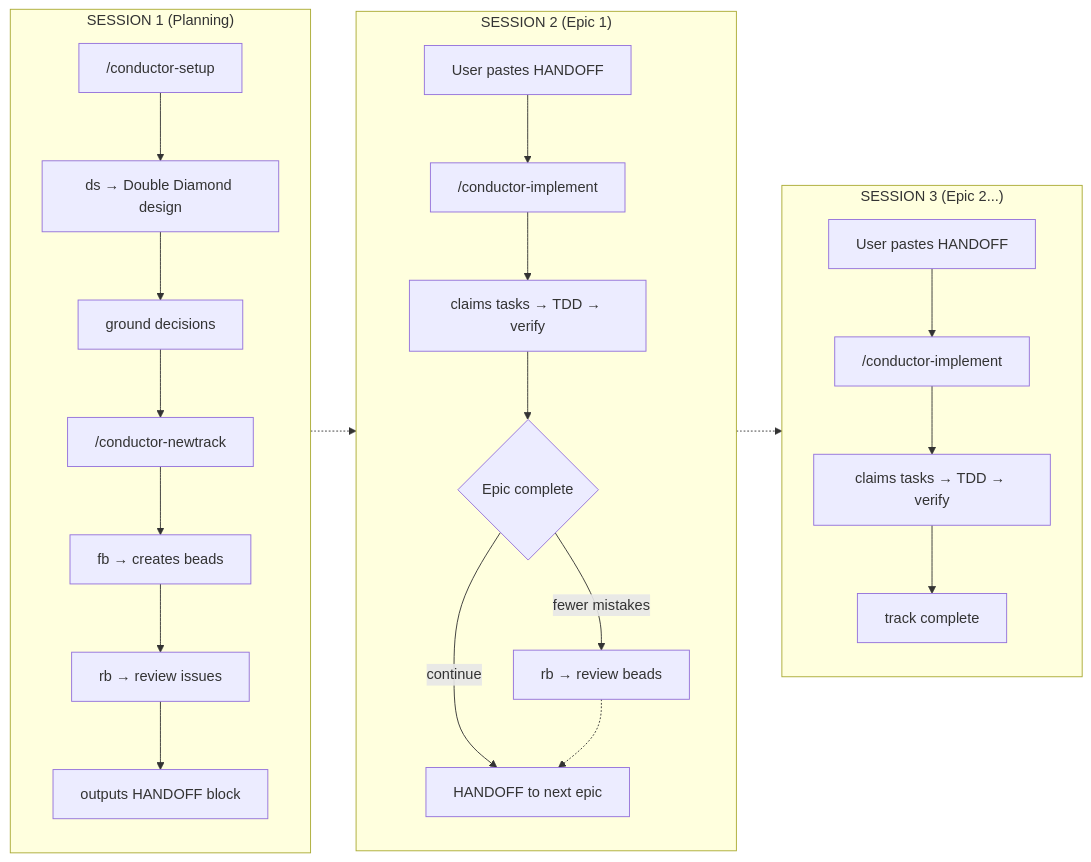
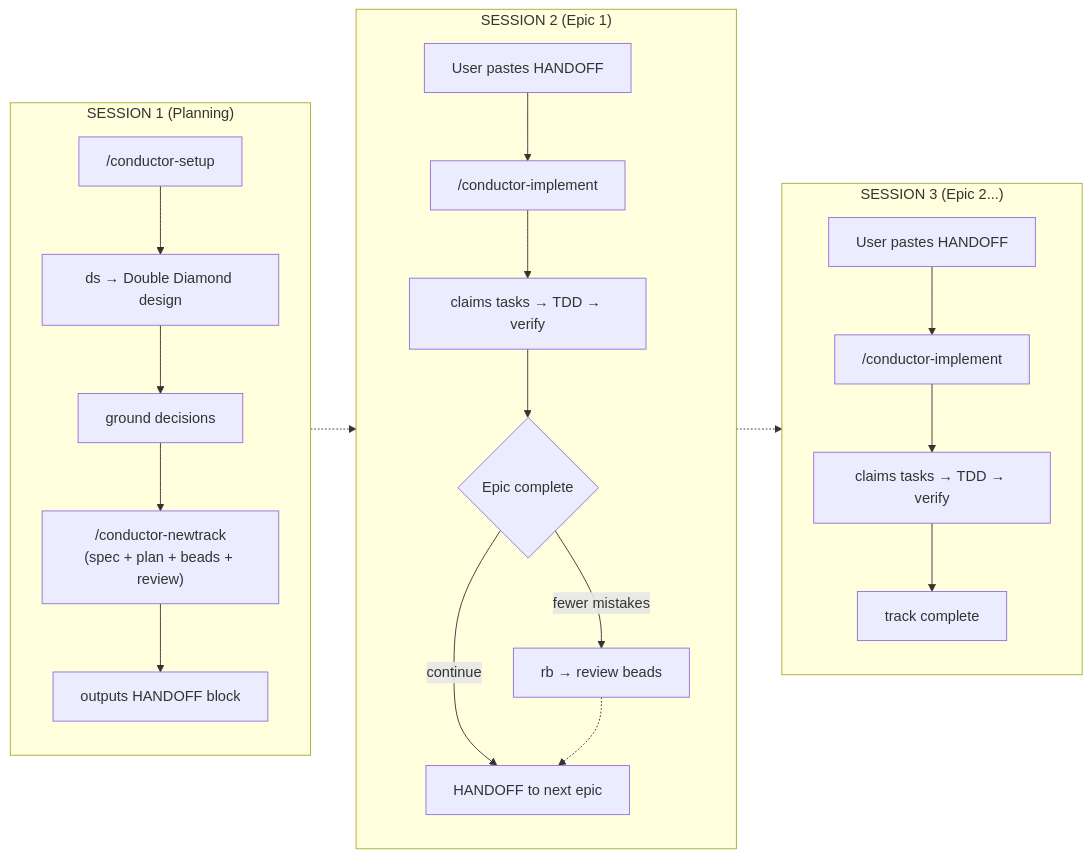
The third of 3 diagrams in README.md (ReinaMacCredy/maestro), drawn with Mermaid before and after one commit. The commit also changed other lines of this file and 21 other files, not shown here.

First line of the commit message:
feat: merge /conductor-newtrack and fb into unified flow

````diff
--- a/README.md
+++ b/README.md
@@ -410,52 +410,48 @@
 ```mermaid
 flowchart LR
     subgraph SESSION1["SESSION 1 (Planning)"]
         direction TB
         setup["/conductor-setup"]
         design["ds → Double Diamond design"]
         ground["ground decisions"]
-        newtrack["/conductor-newtrack"]
-        fb["fb → creates beads"]
-        rb1["rb → review issues"]
+        newtrack["/conductor-newtrack<br/>(spec + plan + beads + review)"]
         handoff["outputs HANDOFF block"]
         
         setup --> design
         design --> ground
         ground --> newtrack
-        newtrack --> fb
-        fb --> rb1
-        rb1 --> handoff
+        newtrack --> handoff
     end
     
     subgraph SESSION2["SESSION 2 (Epic 1)"]
         direction TB
         paste["User pastes HANDOFF"]
         implement["/conductor-implement"]
         tdd["claims tasks → TDD → verify"]
         choice{"Epic complete"}
         rb2["rb → review beads"]
         handoff2["HANDOFF to next epic"]
         
         paste --> implement
         implement --> tdd
         tdd --> choice
         choice -->|"fewer mistakes"| rb2
         choice -->|"continue"| handoff2
     end
     
     subgraph SESSION3["SESSION 3 (Epic 2...)"]
         direction TB
         paste2["User pastes HANDOFF"]
         implement2["/conductor-implement"]
         tdd2["claims tasks → TDD → verify"]
         complete["track complete"]
         
         paste2 --> implement2
         implement2 --> tdd2
         tdd2 --> complete
     end
     
     handoff -.-> paste
     rb2 -.-> handoff2
     handoff2 -.-> paste2
 ```
````
